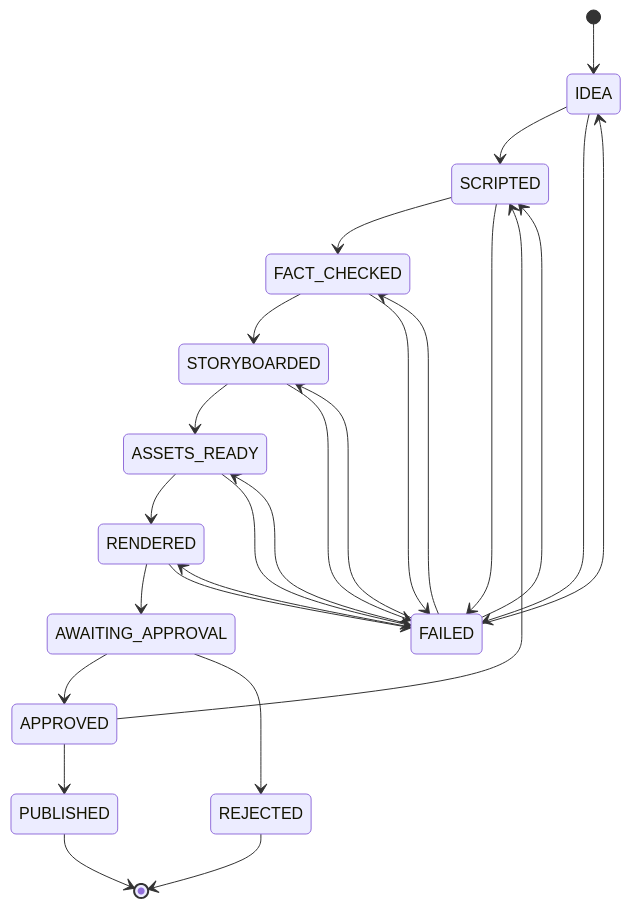
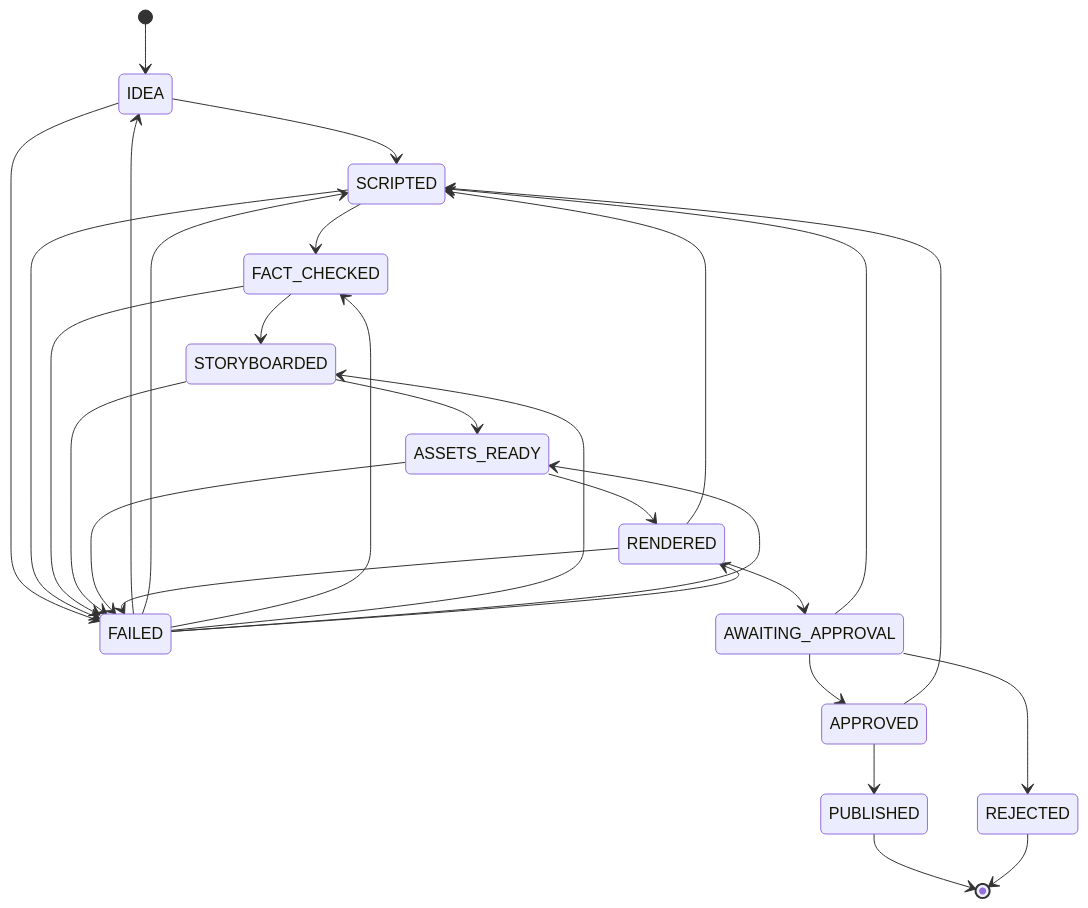
The diagram in docs/10-arquitetura.md (rodrigorodes/youtube-faceless-starter), drawn with Mermaid before and after one commit. The commit also changed 3 other files, not shown here.

````diff
--- a/docs/10-arquitetura.md
+++ b/docs/10-arquitetura.md
@@ -11,28 +11,30 @@
 ```mermaid
 stateDiagram-v2
     [*] --> IDEA
     IDEA --> SCRIPTED
     IDEA --> FAILED
     SCRIPTED --> FACT_CHECKED
     SCRIPTED --> FAILED
     FACT_CHECKED --> STORYBOARDED
     FACT_CHECKED --> FAILED
     STORYBOARDED --> ASSETS_READY
     STORYBOARDED --> FAILED
     ASSETS_READY --> RENDERED
     ASSETS_READY --> FAILED
+    RENDERED --> SCRIPTED
     RENDERED --> AWAITING_APPROVAL
     RENDERED --> FAILED
+    AWAITING_APPROVAL --> SCRIPTED
     AWAITING_APPROVAL --> APPROVED
     AWAITING_APPROVAL --> REJECTED
     APPROVED --> SCRIPTED
     APPROVED --> PUBLISHED
     FAILED --> IDEA
     FAILED --> SCRIPTED
     FAILED --> FACT_CHECKED
     FAILED --> STORYBOARDED
     FAILED --> ASSETS_READY
     FAILED --> RENDERED
     PUBLISHED --> [*]
     REJECTED --> [*]
 ```
````
